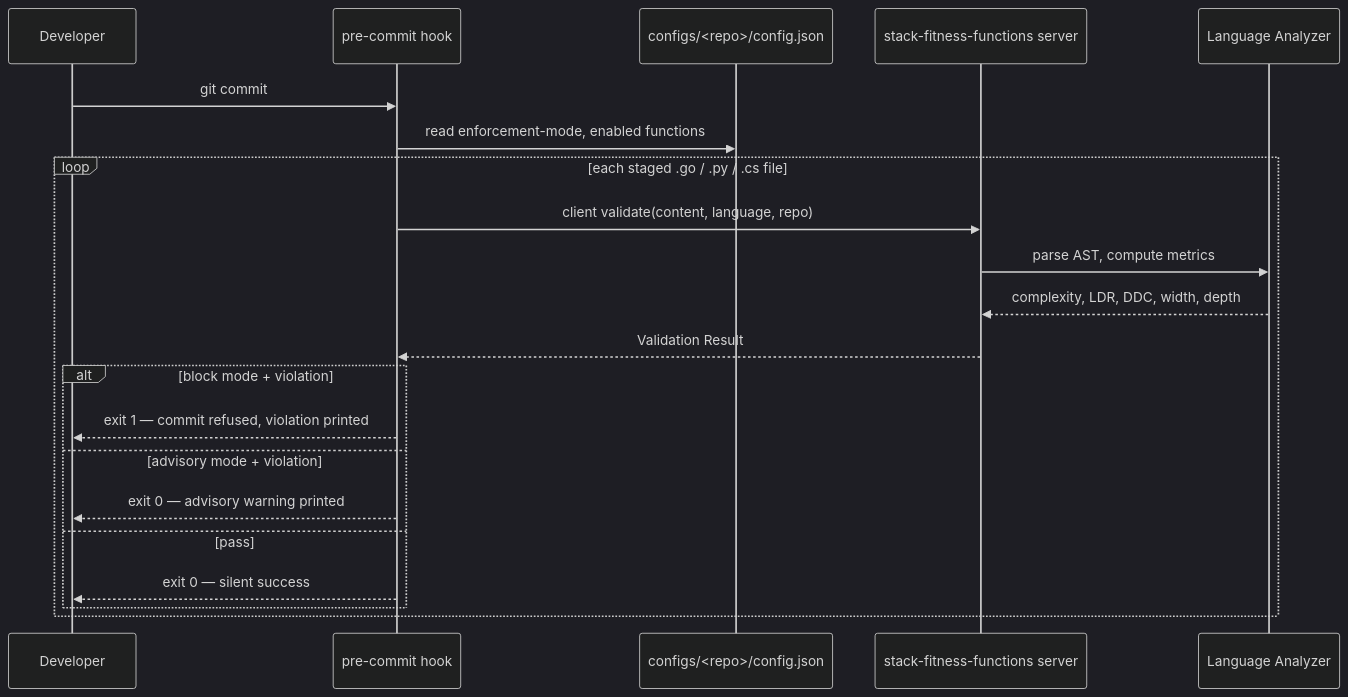
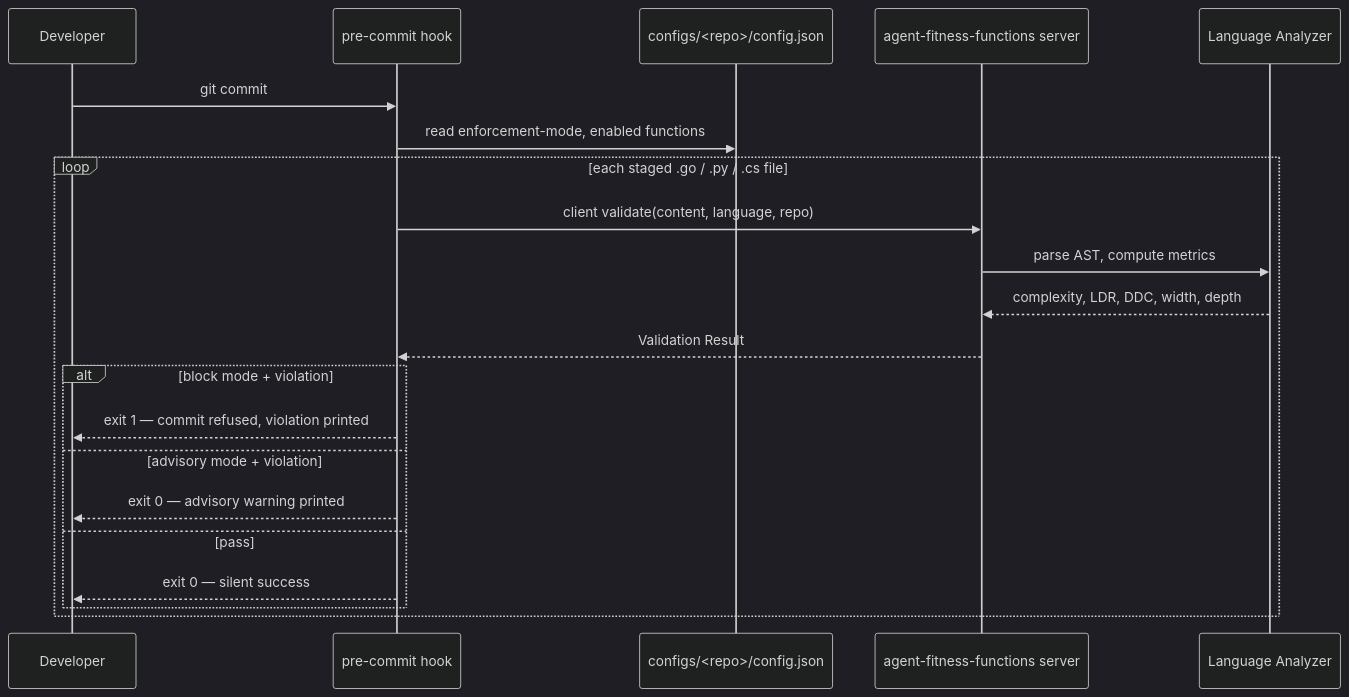
One commit to AvogadroSG1/agent-fitness-functions changed the first of 2 diagrams in CONTEXT.md. Above: the diagram before and after it, drawn with Mermaid (dark theme). The commit also changed other lines of this file and 797 other files, not shown here.

````diff
--- a/CONTEXT.md
+++ b/CONTEXT.md
@@ -50,24 +50,24 @@
 ```mermaid
 sequenceDiagram
     participant Dev as Developer
     participant Hook as pre-commit hook
     participant Config as configs/<repo>/config.json
-    participant Server as stack-fitness-functions server
+    participant Server as agent-fitness-functions server
     participant Analyzer as Language Analyzer
 
     Dev->>Hook: git commit
     Hook->>Config: read enforcement-mode, enabled functions
     loop each staged .go / .py / .cs file
         Hook->>Server: client validate(content, language, repo)
         Server->>Analyzer: parse AST, compute metrics
         Analyzer-->>Server: complexity, LDR, DDC, width, depth
         Server-->>Hook: Validation Result
         alt block mode + violation
             Hook-->>Dev: exit 1 — commit refused, violation printed
         else advisory mode + violation
             Hook-->>Dev: exit 0 — advisory warning printed
         else pass
             Hook-->>Dev: exit 0 — silent success
         end
     end
 ```
````
